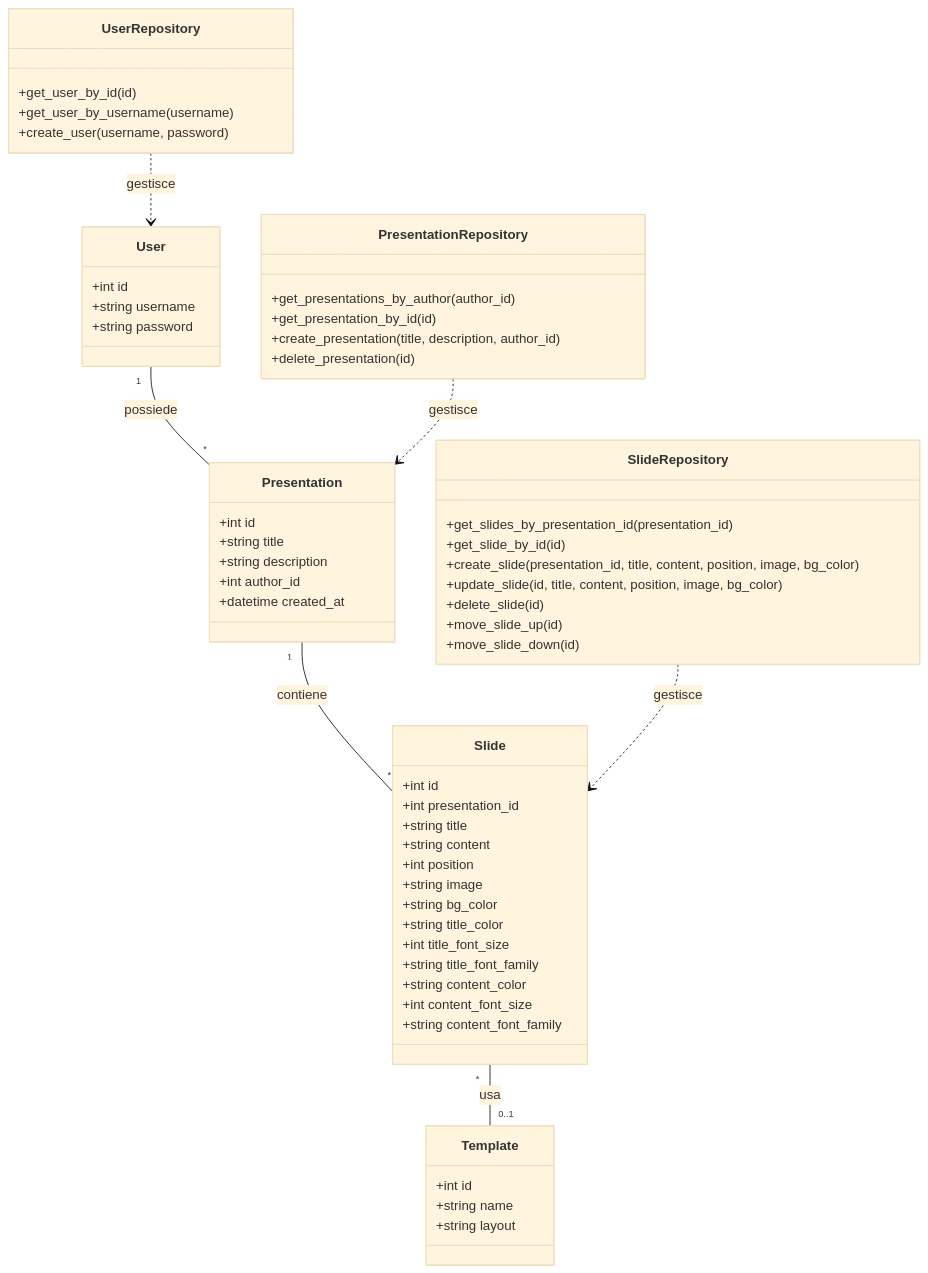
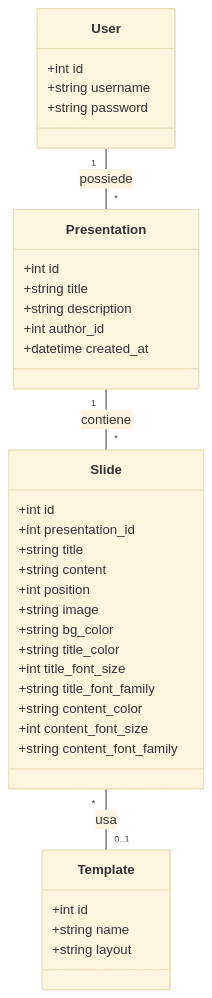
Before and after one commit to CristianMonticelli/Progetto_Maturita: the second of 3 diagrams in Documento_Requisiti_SlidesApp.md, drawn with Mermaid (base theme).

````diff
--- a/Documento_Requisiti_SlidesApp.md
+++ b/Documento_Requisiti_SlidesApp.md
@@ -169,62 +169,41 @@
 ```mermaid
 classDiagram
     class User {
         +int id
         +string username
         +string password
     }
     class Presentation {
         +int id
         +string title
         +string description
         +int author_id
         +datetime created_at
     }
     class Slide {
         +int id
         +int presentation_id
         +string title
         +string content
         +int position
         +string image
         +string bg_color
         +string title_color
         +int title_font_size
         +string title_font_family
         +string content_color
         +int content_font_size
         +string content_font_family
     }
     class Template {
         +int id
         +string name
         +string layout
     }
-    class UserRepository {
-        +get_user_by_id(id)
-        +get_user_by_username(username)
-        +create_user(username, password)
-    }
-    class PresentationRepository {
-        +get_presentations_by_author(author_id)
-        +get_presentation_by_id(id)
-        +create_presentation(title, description, author_id)
-        +delete_presentation(id)
-    }
-    class SlideRepository {
-        +get_slides_by_presentation_id(presentation_id)
-        +get_slide_by_id(id)
-        +create_slide(presentation_id, title, content, position, image, bg_color)
-        +update_slide(id, title, content, position, image, bg_color)
-        +delete_slide(id)
-        +move_slide_up(id)
-        +move_slide_down(id)
-    }
+   
 
     User "1" -- "*" Presentation : possiede
     Presentation "1" -- "*" Slide : contiene
     Slide "*" -- "0..1" Template : usa
-    UserRepository ..> User : gestisce
-    PresentationRepository ..> Presentation : gestisce
-    SlideRepository ..> Slide : gestisce
+    
 ```
````
